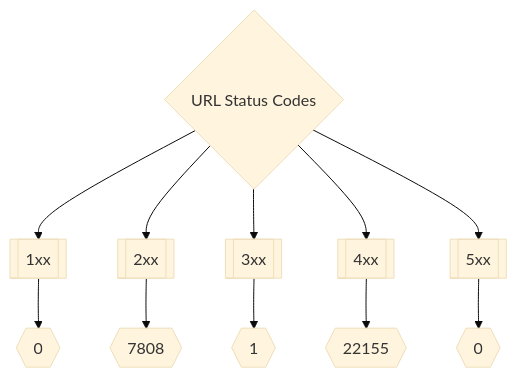
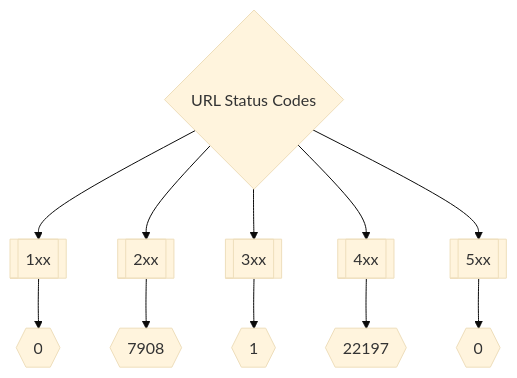
The second of 3 diagrams in README.md (trickest/inventory), drawn with Mermaid (base theme) before and after one commit. The commit also changed other lines of this file, not shown here.

Commit message:
Update Wed Mar  9 08:12:23 UTC 2022

````diff
--- a/README.md
+++ b/README.md
@@ -173,8 +173,8 @@
 ```mermaid
 graph TD
 title{URL Status Codes} --> 1xx[[1xx]] --> status1xxNum{{0}}
-title --> 2xx[[2xx]] --> status2xxNum{{7808}}
+title --> 2xx[[2xx]] --> status2xxNum{{7908}}
 title --> 3xx[[3xx]] --> status3xxNum{{1}}
-title --> 4xx[[4xx]] --> status4xxNum{{22155}}
+title --> 4xx[[4xx]] --> status4xxNum{{22197}}
 title --> 5xx[[5xx]] --> status5xxNum{{0}}
 ```
````
